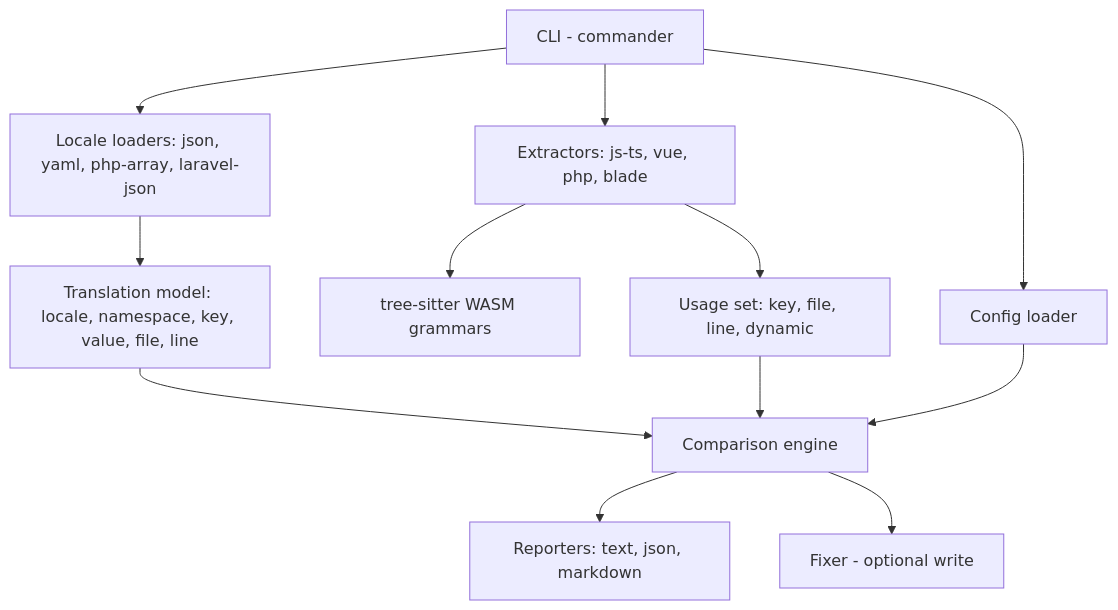
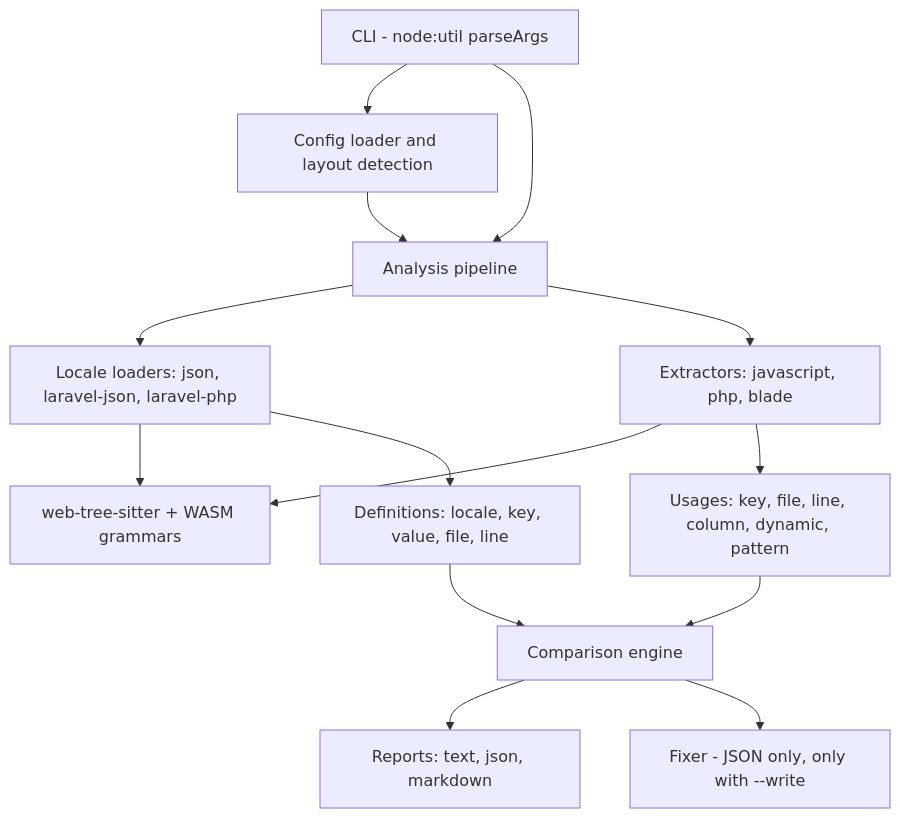
One commit to yagnang-vyas/i18n-drift changed the second of 3 diagrams in README.md. Above: the diagram before and after it, drawn with Mermaid. The commit also changed other lines of this file and 8 other files, not shown here.

````diff
--- a/README.md
+++ b/README.md
@@ -157,14 +184,16 @@
 ```mermaid
 flowchart TB
-    CLI["CLI - commander"] --> CFG["Config loader"]
-    CLI --> LOC["Locale loaders: json, yaml, php-array, laravel-json"]
-    CLI --> EXT["Extractors: js-ts, vue, php, blade"]
-    EXT --> TS["tree-sitter WASM grammars"]
-    LOC --> MODEL["Translation model: locale, namespace, key, value, file, line"]
-    EXT --> USED["Usage set: key, file, line, dynamic"]
+    CLI["CLI - node:util parseArgs"] --> CFG["Config loader and layout detection"]
+    CLI --> AN["Analysis pipeline"]
+    AN --> LOC["Locale loaders: json, laravel-json, laravel-php"]
+    AN --> EXT["Extractors: javascript, php, blade"]
+    EXT --> TS["web-tree-sitter + WASM grammars"]
+    LOC --> TS
+    LOC --> MODEL["Definitions: locale, key, value, file, line"]
+    EXT --> USED["Usages: key, file, line, column, dynamic, pattern"]
     MODEL --> CMP["Comparison engine"]
     USED --> CMP
-    CFG --> CMP
-    CMP --> REP["Reporters: text, json, markdown"]
-    CMP --> FIX["Fixer - optional write"]
+    CFG --> AN
+    CMP --> REP["Reports: text, json, markdown"]
+    CMP --> FIX["Fixer - JSON only, only with --write"]
 ```
````
